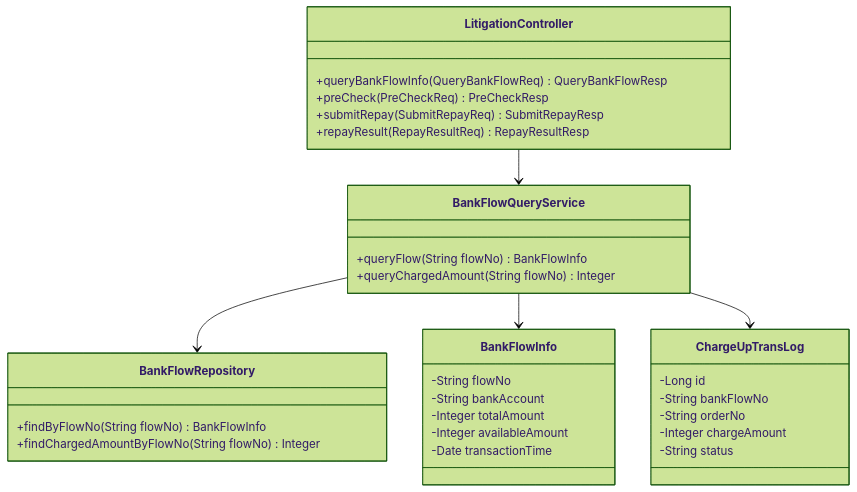
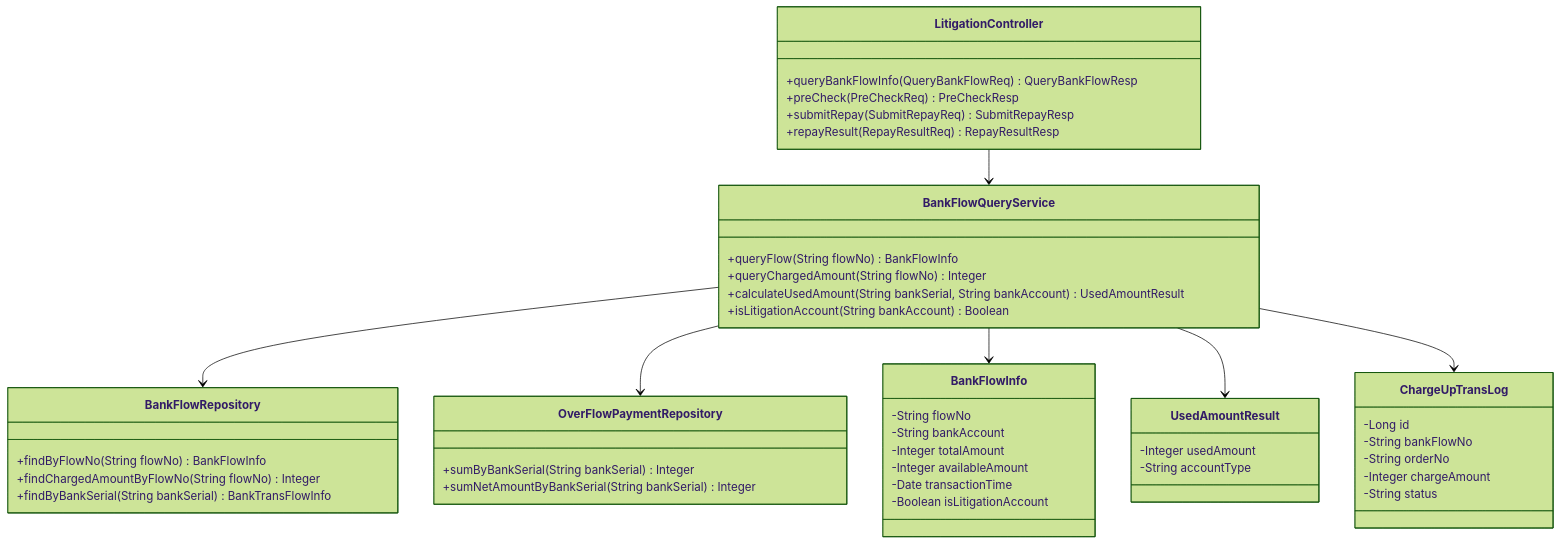
One commit to topson-cn/obsidian_note changed the second of 13 diagrams in shuhe/workspace/accountingoperation/iteration/202502-法诉自动入账/详细设计-AO系统.md. Above: the diagram before and after it, drawn with Mermaid (forest theme). The commit also changed other lines of this file and 246 other files, not shown here.

````diff
--- a/shuhe/workspace/accountingoperation/iteration/202502-法诉自动入账/详细设计-AO系统.md
+++ b/shuhe/workspace/accountingoperation/iteration/202502-法诉自动入账/详细设计-AO系统.md
@@ -71,40 +154,56 @@
 ```mermaid
 classDiagram
     class LitigationController {
         +queryBankFlowInfo(QueryBankFlowReq) QueryBankFlowResp
         +preCheck(PreCheckReq) PreCheckResp
         +submitRepay(SubmitRepayReq) SubmitRepayResp
         +repayResult(RepayResultReq) RepayResultResp
     }
 
     class BankFlowQueryService {
         +queryFlow(String flowNo) BankFlowInfo
         +queryChargedAmount(String flowNo) Integer
+        +calculateUsedAmount(String bankSerial, String bankAccount) UsedAmountResult
+        +isLitigationAccount(String bankAccount) Boolean
     }
 
     class BankFlowInfo {
         -String flowNo
         -String bankAccount
         -Integer totalAmount
         -Integer availableAmount
         -Date transactionTime
+        -Boolean isLitigationAccount
+    }
+
+    class UsedAmountResult {
+        -Integer usedAmount
+        -String accountType
     }
 
     class ChargeUpTransLog {
         -Long id
         -String bankFlowNo
         -String orderNo
         -Integer chargeAmount
         -String status
     }
 
     class BankFlowRepository {
         +findByFlowNo(String flowNo) BankFlowInfo
         +findChargedAmountByFlowNo(String flowNo) Integer
+        +findByBankSerial(String bankSerial) BankTransFlowInfo
+    }
+
+    class OverFlowPaymentRepository {
+        +sumByBankSerial(String bankSerial) Integer
+        +sumNetAmountByBankSerial(String bankSerial) Integer
     }
 
     LitigationController --> BankFlowQueryService
     BankFlowQueryService --> BankFlowRepository
+    BankFlowQueryService --> OverFlowPaymentRepository
     BankFlowQueryService --> BankFlowInfo
+    BankFlowQueryService --> UsedAmountResult
     BankFlowQueryService --> ChargeUpTransLog
 ```
````
